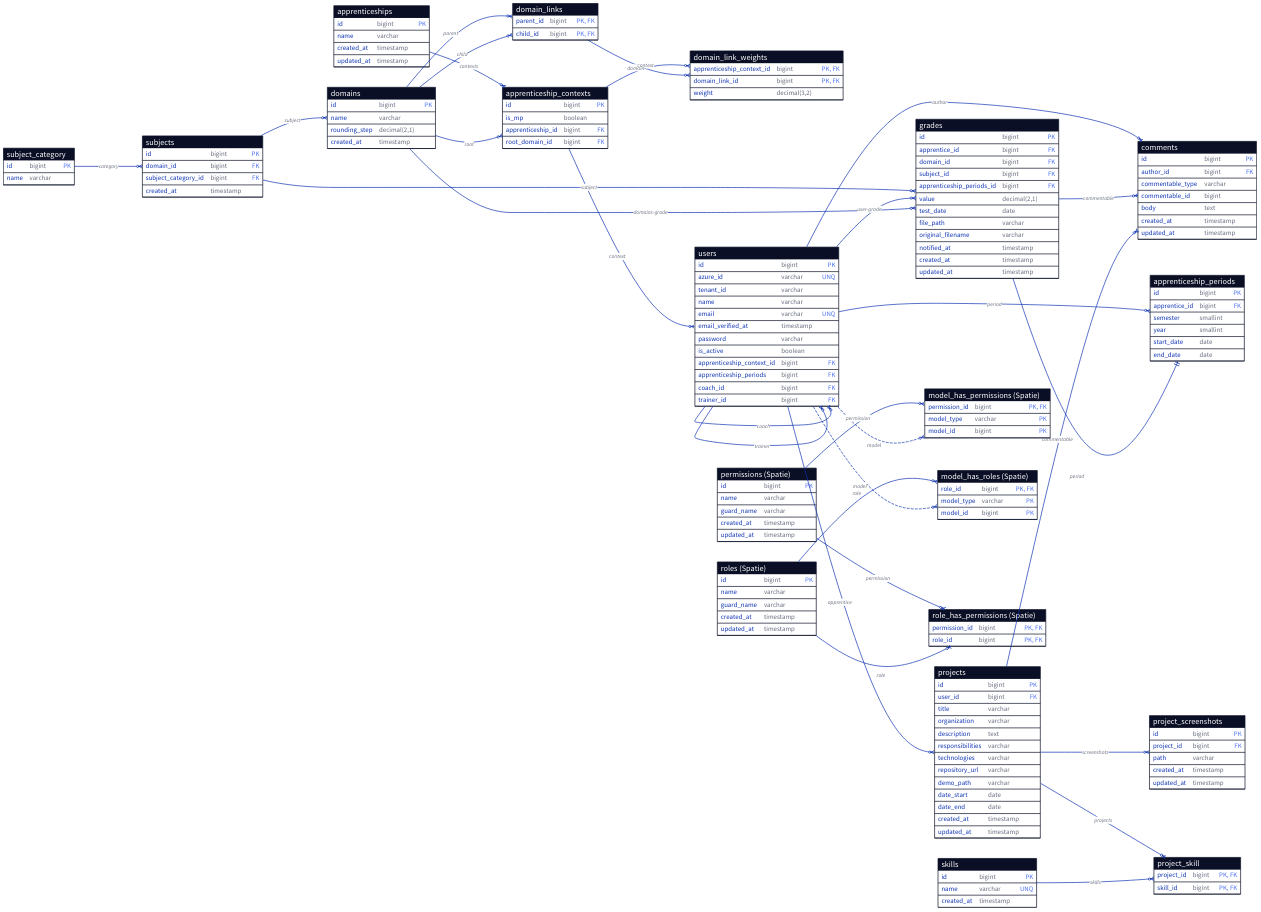
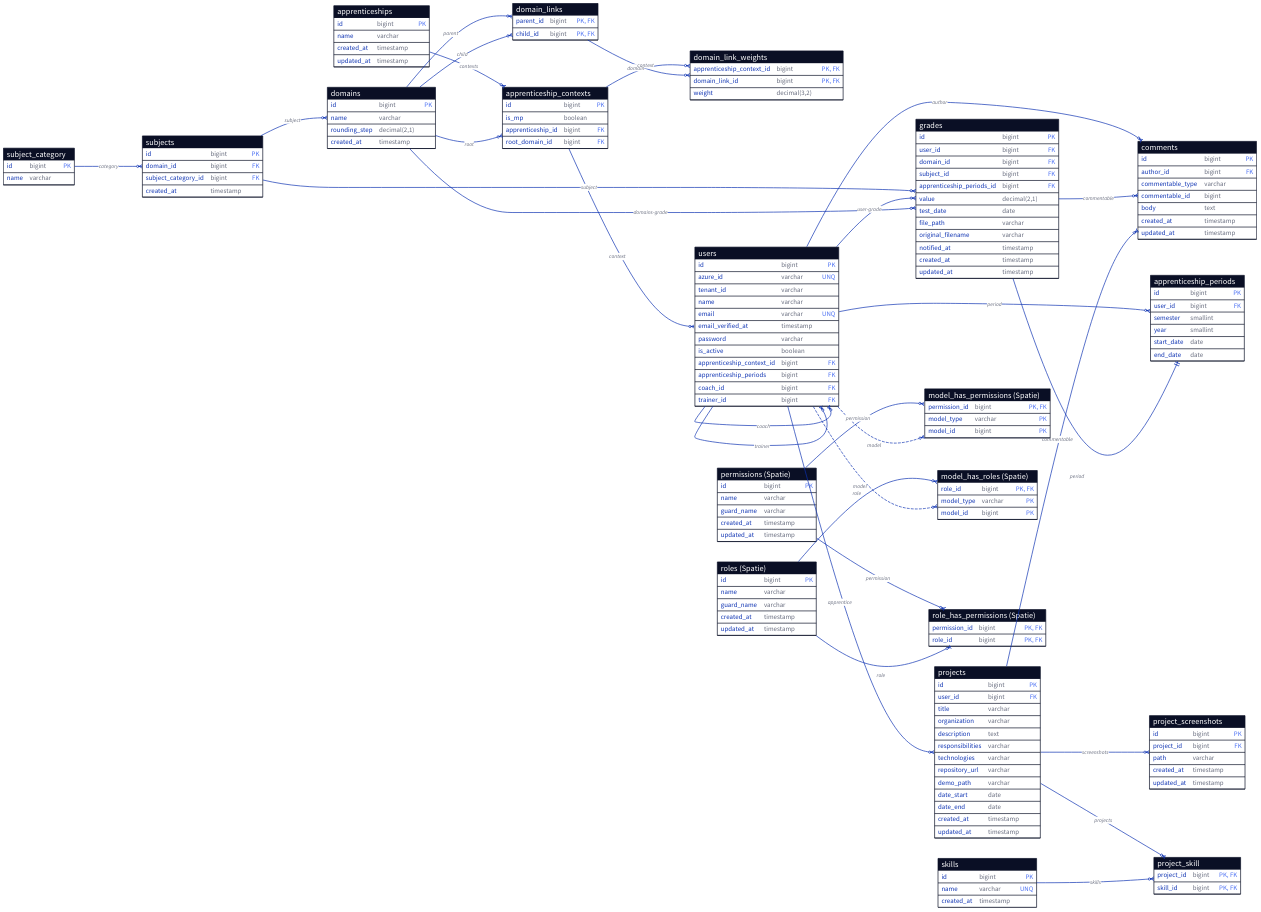
The diagram in docs/db/schemas/mcd_current.d2 (jobtrek/apprentice-cursus), drawn with D2 before and after one commit. The commit also changed 3 other files, not shown here.

Commit message:
docs(user_id): remove apprentice_id from documentation, use user_id everywhere when referencing user

```diff
--- a/docs/db/schemas/mcd_current.d2
+++ b/docs/db/schemas/mcd_current.d2
@@ -54,7 +54,7 @@
 apprenticeship_periods: {
   shape: sql_table
   id: bigint {constraint: primary_key}
-  apprentice_id: bigint {constraint: foreign_key} # Reference user
+  user_id: bigint {constraint: foreign_key} # Reference user
   semester: smallint # check
   year: smallint # generated
   start_date: date
@@ -80,7 +80,7 @@
 grades: {
   shape: sql_table
   id: bigint {constraint: primary_key}
-  apprentice_id: bigint {constraint: foreign_key} # Reference users
+  user_id: bigint {constraint: foreign_key} # Reference users
   domain_id: bigint {constraint: foreign_key}
   subject_id: bigint {constraint: foreign_key}
   apprenticeship_periods_id: bigint { constraint: foreign_key }
```
